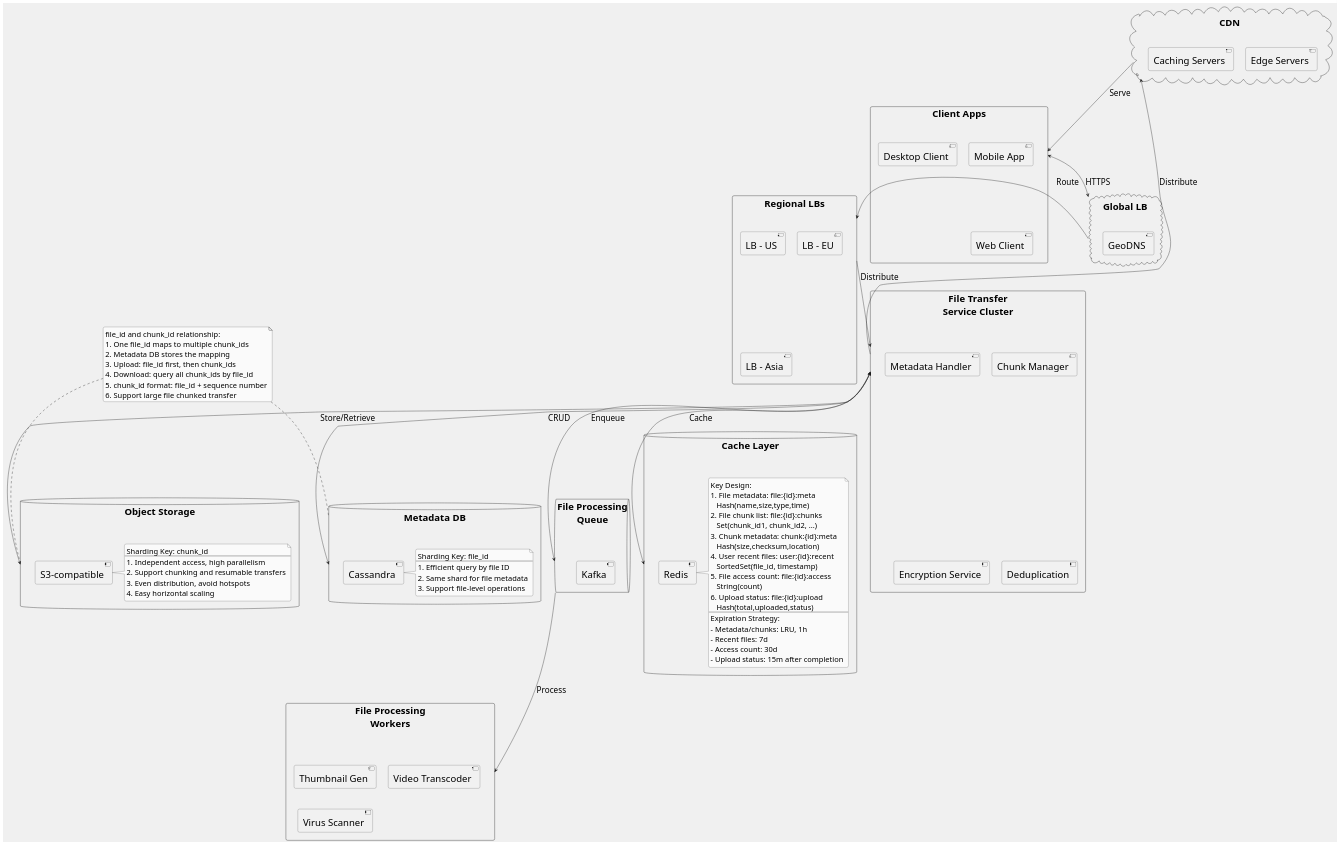
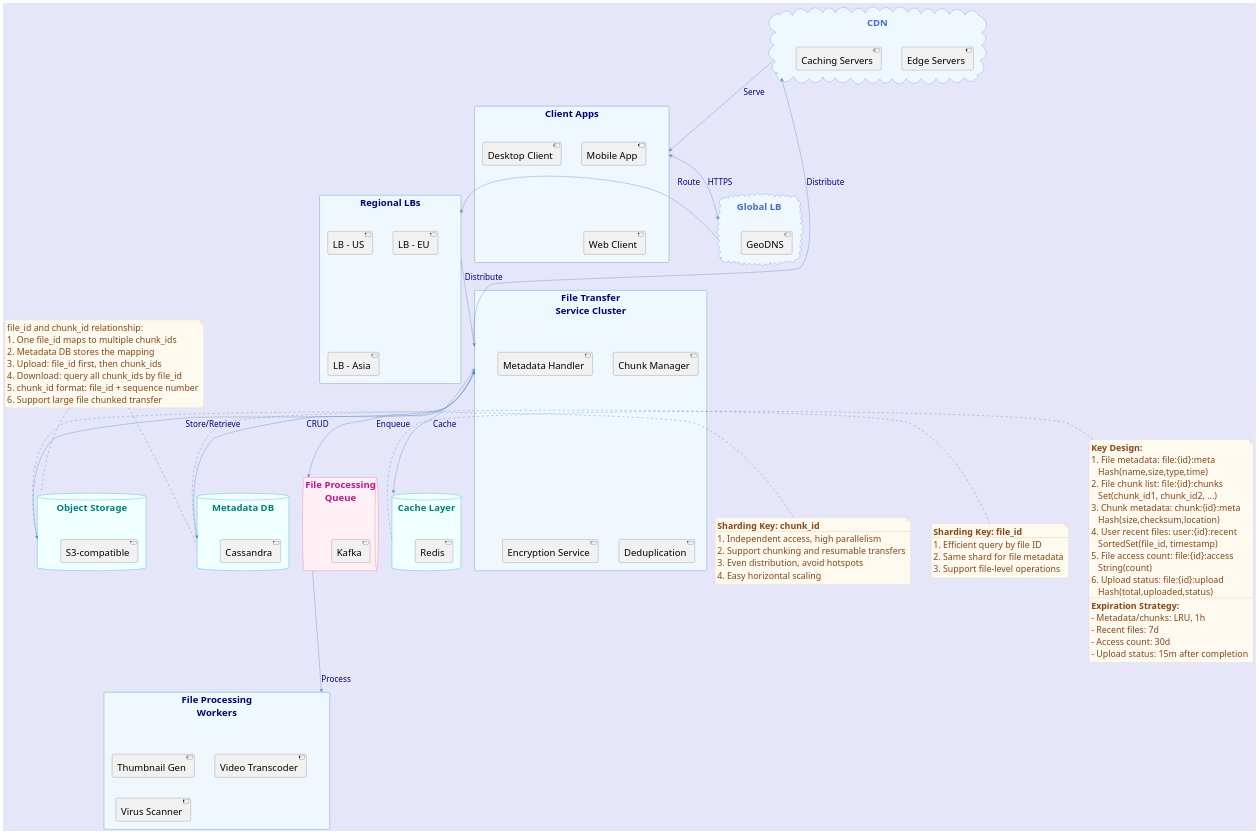
The diagram in telegram/uml_diagrams/Telegram_File_Transfer_And_Storage.puml (huangyingw/system_design), drawn with PlantUML before and after one commit.

```diff
--- a/telegram/uml_diagrams/Telegram_File_Transfer_And_Storage.puml
+++ b/telegram/uml_diagrams/Telegram_File_Transfer_And_Storage.puml
@@ -1,118 +1,154 @@
 @startuml Telegram_File_Transfer_And_Storage_Optimized
 
 ' Set theme and styling
-skinparam backgroundColor #F0F0F0
+skinparam backgroundColor #E6E6FA
 skinparam handwritten false
-skinparam monochrome true
+skinparam monochrome false
 skinparam packageStyle rectangle
 skinparam defaultFontName Arial
 skinparam defaultFontSize 28
 skinparam ArrowFontSize 24
-skinparam NoteFontSize 22
+skinparam NoteFontSize 26
 skinparam roundcorner 10
 skinparam shadowing false
+skinparam nodesep 60
+skinparam ranksep 60
+
+' Color scheme
+skinparam rectangle {
+    BackgroundColor #F0F8FF
+    BorderColor #4682B4
+    FontColor #000080
+}
+skinparam database {
+    BackgroundColor #F0FFFF
+    BorderColor #20B2AA
+    FontColor #008080
+}
+skinparam cloud {
+    BackgroundColor #F0F8FF
+    BorderColor #6495ED
+    FontColor #4169E1
+}
+skinparam queue {
+    BackgroundColor #FFF0F5
+    BorderColor #DB7093
+    FontColor #C71585
+}
+skinparam note {
+    BackgroundColor #FFFAF0
+    BorderColor #DEB887
+    FontColor #8B4513
+}
+skinparam arrow {
+    Color #4682B4
+    FontColor #000080
+}
 
 ' Define components
 rectangle "Client Apps" as CA {
     [Mobile App]
     [Desktop Client]
     [Web Client]
 }
 
 cloud "Global LB" as GLB {
     [GeoDNS]
 }
 
 rectangle "Regional LBs" as RLB {
     [LB - US]
     [LB - EU]
     [LB - Asia]
 }
 
 rectangle "File Transfer\nService Cluster" as FTSC {
     [Chunk Manager]
     [Metadata Handler]
     [Encryption Service]
     [Deduplication]
 }
 
 database "Metadata DB" as MDB {
     [Cassandra]
-    note right of [Cassandra]
-        Sharding Key: file_id
-        --
-        1. Efficient query by file ID
-        2. Same shard for file metadata
-        3. Support file-level operations
-    end note
 }
+
+note right of MDB
+    <b>Sharding Key: file_id</b>
+    --
+    1. Efficient query by file ID
+    2. Same shard for file metadata
+    3. Support file-level operations
+end note
 
 database "Object Storage" as OS {
     [S3-compatible]
-    note right of [S3-compatible]
-        Sharding Key: chunk_id
-        --
-        1. Independent access, high parallelism
-        2. Support chunking and resumable transfers
-        3. Even distribution, avoid hotspots
-        4. Easy horizontal scaling
-    end note
 }
+
+note right of OS
+    <b>Sharding Key: chunk_id</b>
+    --
+    1. Independent access, high parallelism
+    2. Support chunking and resumable transfers
+    3. Even distribution, avoid hotspots
+    4. Easy horizontal scaling
+end note
 
 cloud "CDN" as CDN {
     [Edge Servers]
     [Caching Servers]
 }
 
 queue "File Processing\nQueue" as FPQ {
     [Kafka]
 }
 
 database "Cache Layer" as CL {
     [Redis]
-    note right of [Redis]
-        Key Design:
-        1. File metadata: file:{id}:meta
-           Hash(name,size,type,time)
-        2. File chunk list: file:{id}:chunks
-           Set(chunk_id1, chunk_id2, ...)
-        3. Chunk metadata: chunk:{id}:meta
-           Hash(size,checksum,location)
-        4. User recent files: user:{id}:recent
-           SortedSet(file_id, timestamp)
-        5. File access count: file:{id}:access
-           String(count)
-        6. Upload status: file:{id}:upload
-           Hash(total,uploaded,status)
-        --
-        Expiration Strategy:
-        - Metadata/chunks: LRU, 1h
-        - Recent files: 7d
-        - Access count: 30d
-        - Upload status: 15m after completion
-    end note
 }
+
+note right of CL
+    <b>Key Design:</b>
+    1. File metadata: file:{id}:meta
+       Hash(name,size,type,time)
+    2. File chunk list: file:{id}:chunks
+       Set(chunk_id1, chunk_id2, ...)
+    3. Chunk metadata: chunk:{id}:meta
+       Hash(size,checksum,location)
+    4. User recent files: user:{id}:recent
+       SortedSet(file_id, timestamp)
+    5. File access count: file:{id}:access
+       String(count)
+    6. Upload status: file:{id}:upload
+       Hash(total,uploaded,status)
+    --
+    <b>Expiration Strategy:</b>
+    - Metadata/chunks: LRU, 1h
+    - Recent files: 7d
+    - Access count: 30d
+    - Upload status: 15m after completion
+end note
 
 rectangle "File Processing\nWorkers" as FPW {
     [Thumbnail Gen]
     [Video Transcoder]
     [Virus Scanner]
 }
 
 ' Define relationships
 CA <--> GLB : HTTPS
 GLB --> RLB : Route
 RLB --> FTSC : Distribute
 FTSC <--> MDB : CRUD
 FTSC <--> OS : Store/Retrieve
 FTSC --> CDN : Distribute
 CDN --> CA : Serve
 FTSC --> FPQ : Enqueue
 FPQ --> FPW : Process
 FTSC <--> CL : Cache
 
 note "file_id and chunk_id relationship:\n1. One file_id maps to multiple chunk_ids\n2. Metadata DB stores the mapping\n3. Upload: file_id first, then chunk_ids\n4. Download: query all chunk_ids by file_id\n5. chunk_id format: file_id + sequence number\n6. Support large file chunked transfer" as Rel
 Rel .. MDB
 Rel .. OS
 
 @enduml
```
